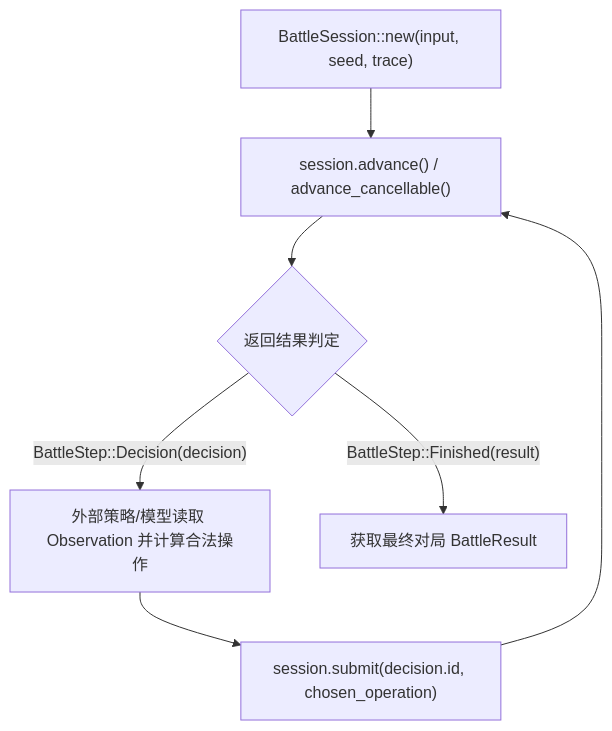
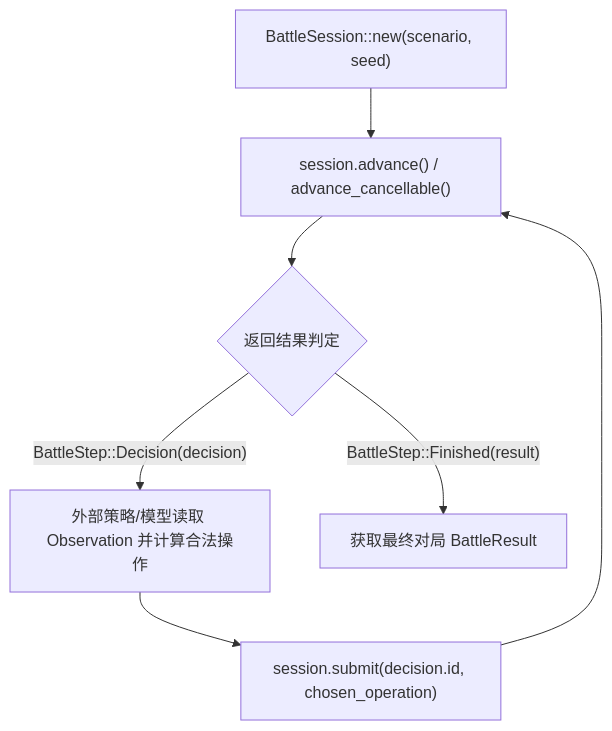
One commit to Sakura-Ex/Hyacimicon changed the diagram in docs/modules/battle-simulation/stepping.md. Above: the diagram before and after it, drawn with Mermaid. The commit also changed other lines of this file and 5 other files, not shown here.

````diff
--- a/docs/modules/battle-simulation/stepping.md
+++ b/docs/modules/battle-simulation/stepping.md
@@ -11,9 +11,9 @@
 ```mermaid
 flowchart TD
-    Init["BattleSession::new(input, seed, trace)"] --> Advance["session.advance() / advance_cancellable()"]
+    Init["BattleSession::new(scenario, seed)"] --> Advance["session.advance() / advance_cancellable()"]
     Advance --> Check{"返回结果判定"}
     Check -- "BattleStep::Decision(decision)" --> Policy["外部策略/模型读取 Observation 并计算合法操作"]
     Policy --> Submit["session.submit(decision.id, chosen_operation)"]
     Submit --> Advance
     Check -- "BattleStep::Finished(result)" --> Done["获取最终对局 BattleResult"]
 ```
````
